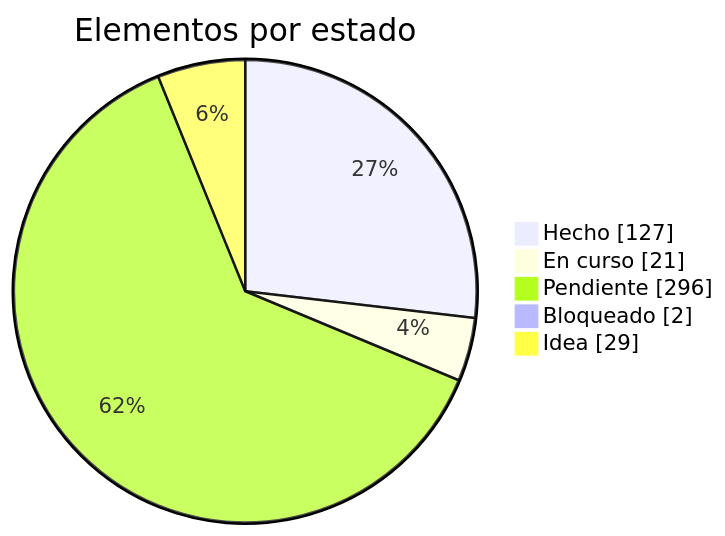
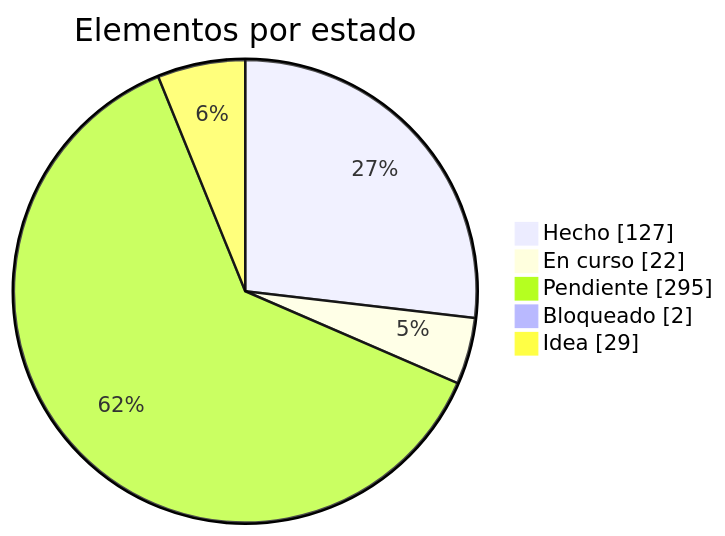
Before and after one commit to dariogea/BM27: the first of 2 diagrams in docs/roadmap.md, drawn with Mermaid. The commit also changed other lines of this file and 12 other files, not shown here.

````diff
--- a/docs/roadmap.md
+++ b/docs/roadmap.md
@@ -13,8 +13,8 @@
 ```mermaid
 pie showData title Elementos por estado
   "Hecho" : 127
-  "En curso" : 21
-  "Pendiente" : 296
+  "En curso" : 22
+  "Pendiente" : 295
   "Bloqueado" : 2
   "Idea" : 29
 ```
````
